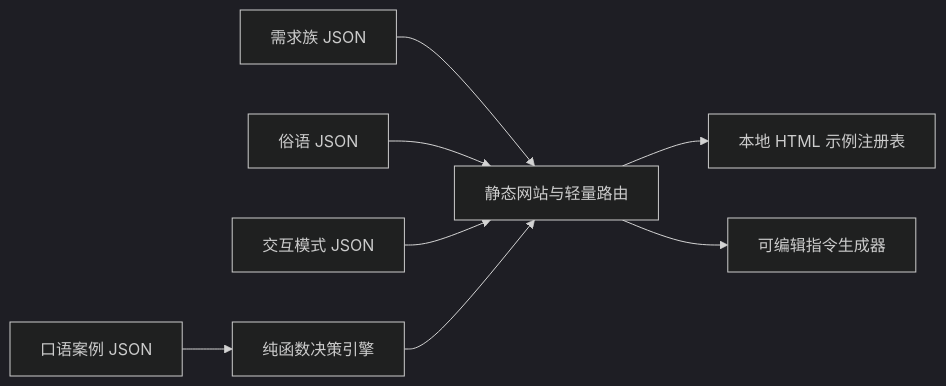
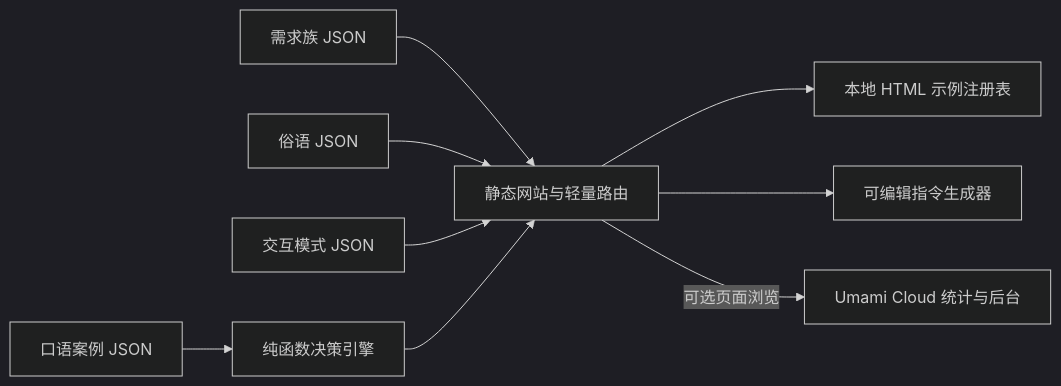
Before and after one commit to jinhefeng/ui-words-for-ai: the diagram in .engineering/architecture-baseline.md, drawn with Mermaid (dark theme). The commit also changed other lines of this file and 22 other files, not shown here.

````diff
--- a/.engineering/architecture-baseline.md
+++ b/.engineering/architecture-baseline.md
@@ -31,10 +33,11 @@
 ```mermaid
 flowchart LR
   Families[需求族 JSON] --> Site[静态网站与轻量路由]
   Cases[口语案例 JSON] --> Engine[纯函数决策引擎]
   Colloquialisms[俗语 JSON] --> Site
   Patterns[交互模式 JSON] --> Site
   Engine --> Site
   Site --> Demo[本地 HTML 示例注册表]
   Site --> Prompt[可编辑指令生成器]
+  Site -->|可选页面浏览| Umami[Umami Cloud 统计与后台]
 ```
````
